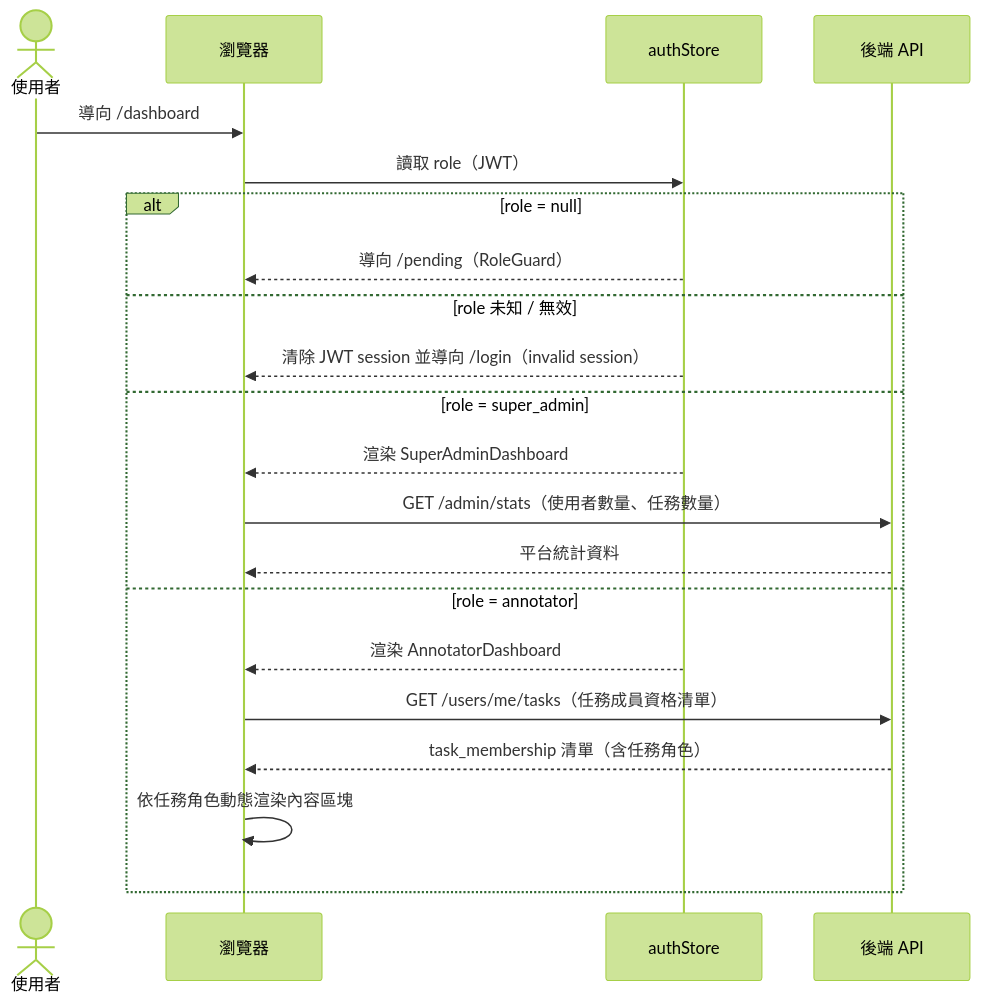
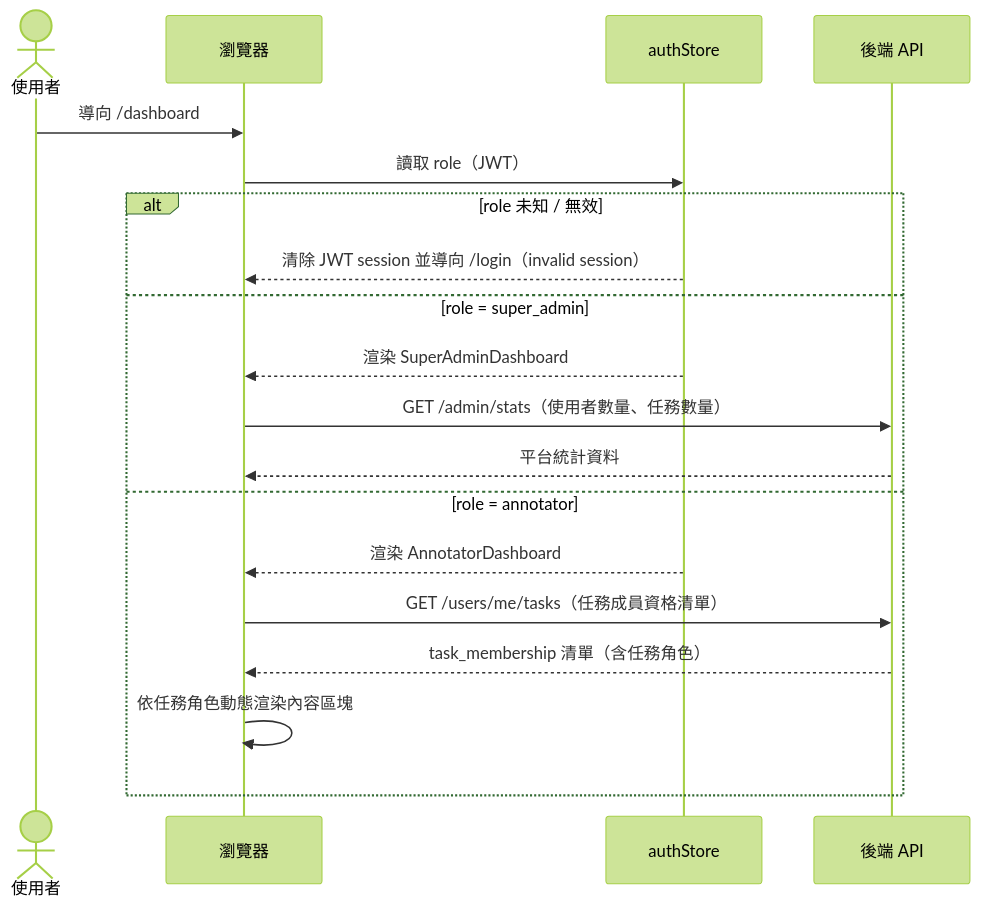
Before and after one commit to singyichen/label-suite: the first of 2 diagrams in specs/dashboard/012-dashboard/spec.md, drawn with Mermaid (forest theme). The commit also changed other lines of this file and 1 other file, not shown here.

First line of the commit message:
docs: remove pending state from specs — align with user role refactor

````diff
--- a/specs/dashboard/012-dashboard/spec.md
+++ b/specs/dashboard/012-dashboard/spec.md
@@ -12,25 +12,23 @@
 ```mermaid
 sequenceDiagram
     actor 使用者
     participant 瀏覽器
     participant authStore
     participant 後端API as 後端 API
 
     使用者->>瀏覽器: 導向 /dashboard
     瀏覽器->>authStore: 讀取 role（JWT）
 
-    alt role = null
-        authStore-->>瀏覽器: 導向 /pending（RoleGuard）
-    else role 未知 / 無效
+    alt role 未知 / 無效
         authStore-->>瀏覽器: 清除 JWT session 並導向 /login（invalid session）
     else role = super_admin
         authStore-->>瀏覽器: 渲染 SuperAdminDashboard
         瀏覽器->>後端API: GET /admin/stats（使用者數量、任務數量）
         後端API-->>瀏覽器: 平台統計資料
     else role = annotator
         authStore-->>瀏覽器: 渲染 AnnotatorDashboard
         瀏覽器->>後端API: GET /users/me/tasks（任務成員資格清單）
         後端API-->>瀏覽器: task_membership 清單（含任務角色）
         瀏覽器->>瀏覽器: 依任務角色動態渲染內容區塊
     end
 ```
````
